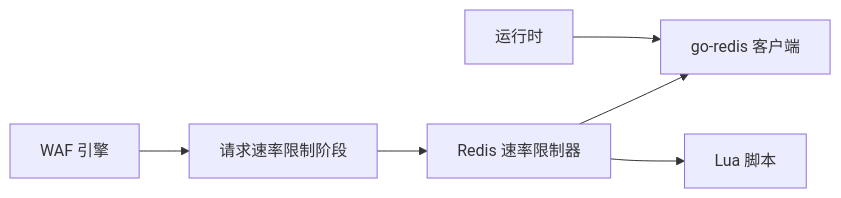
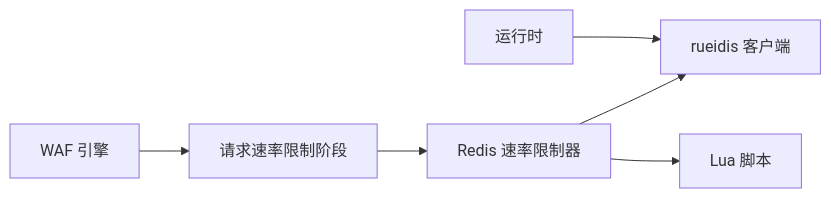
Before and after one commit to x01n/My-OpenWaf: the fourth of 4 diagrams in docs/安全防护功能/速率限制机制/分布式滑动窗口限流.md, drawn with Mermaid. The commit also changed other lines of this file and 329 other files, not shown here.

````diff
--- a/docs/安全防护功能/速率限制机制/分布式滑动窗口限流.md
+++ b/docs/安全防护功能/速率限制机制/分布式滑动窗口限流.md
@@ -213,8 +213,8 @@
 ```mermaid
 graph LR
-RedisRL["Redis 速率限制器"] --> GoRedis["go-redis 客户端"]
+RedisRL["Redis 速率限制器"] --> RedisClient["rueidis 客户端"]
 RedisRL --> LuaScript["Lua 脚本"]
 Engine["WAF 引擎"] --> ReqRLPhase["请求速率限制阶段"]
 ReqRLPhase --> RedisRL
-Runtime["运行时"] --> GoRedis
+Runtime["运行时"] --> RedisClient
 ```
````
